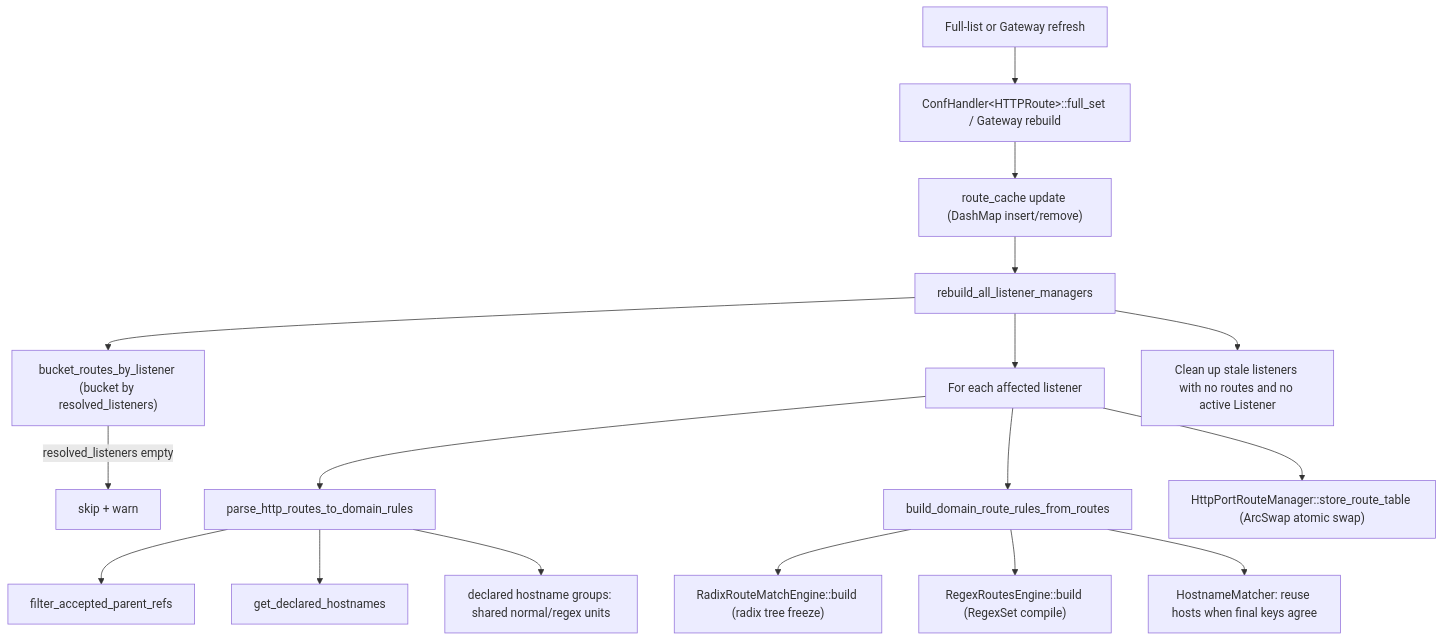
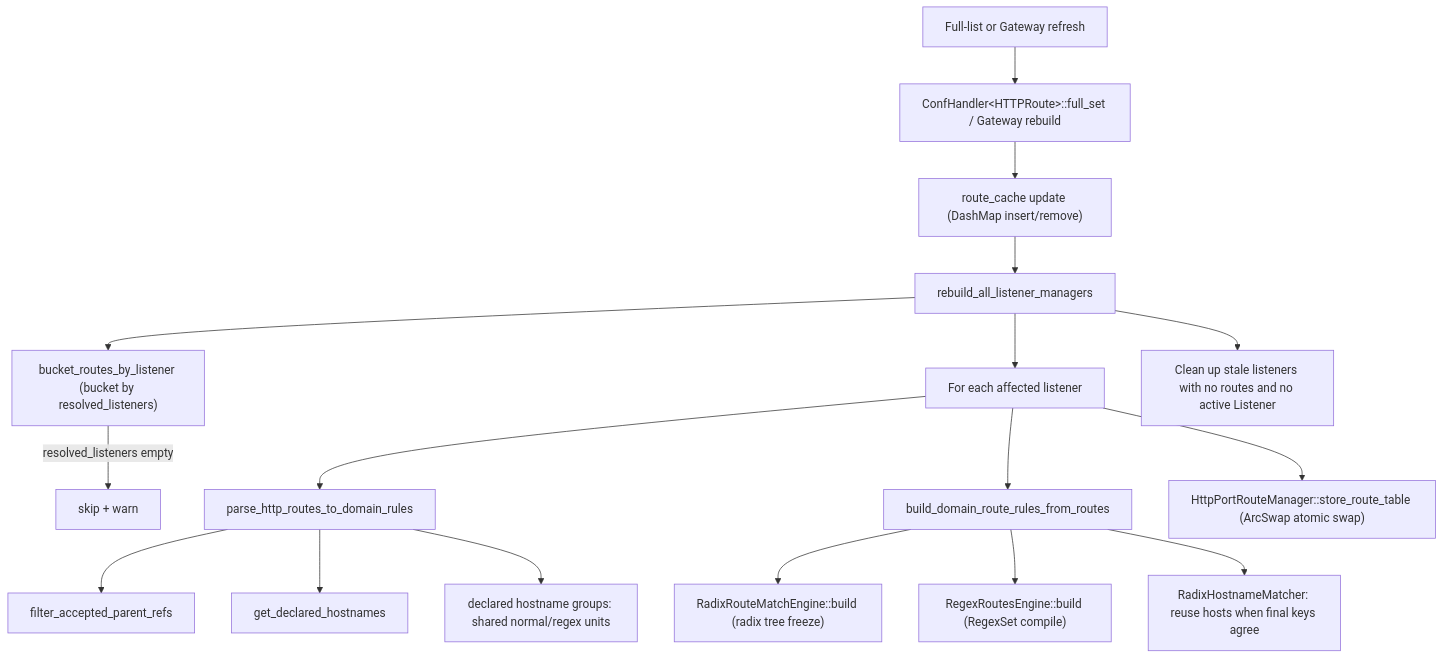
The second of 2 diagrams in skills/01-architecture/02-gateway/03-routes/SKILL.md (Pandaala/Edgion), drawn with Mermaid before and after one commit. The commit also changed other lines of this file and 105 other files, not shown here.

````diff
--- a/skills/01-architecture/02-gateway/03-routes/SKILL.md
+++ b/skills/01-architecture/02-gateway/03-routes/SKILL.md
@@ -156,19 +156,19 @@
 ```mermaid
 flowchart TD
     A["Full-list or Gateway refresh"] --> B["ConfHandler&lt;HTTPRoute&gt;::full_set / Gateway rebuild"]
     B --> C["route_cache update (DashMap insert/remove)"]
     C --> E["rebuild_all_listener_managers"]
     E --> F["bucket_routes_by_listener (bucket by resolved_listeners)"]
     F -->|"resolved_listeners empty"| F1["skip + warn"]
     E --> G["For each affected listener"]
     G --> G1["parse_http_routes_to_domain_rules"]
     G1 --> G1a["filter_accepted_parent_refs"]
     G1 --> G1b["get_declared_hostnames"]
     G1 --> G1c["declared hostname groups: shared normal/regex units"]
     G --> G2["build_domain_route_rules_from_routes"]
     G2 --> G2a["RadixRouteMatchEngine::build (radix tree freeze)"]
     G2 --> G2b["RegexRoutesEngine::build (RegexSet compile)"]
-    G2 --> G2c["HostnameMatcher: reuse hosts when final keys agree"]
+    G2 --> G2c["RadixHostnameMatcher: reuse hosts when final keys agree"]
     G --> G3["HttpPortRouteManager::store_route_table (ArcSwap atomic swap)"]
     E --> H["Clean up stale listeners with no routes and no active Listener"]
 ```
````
